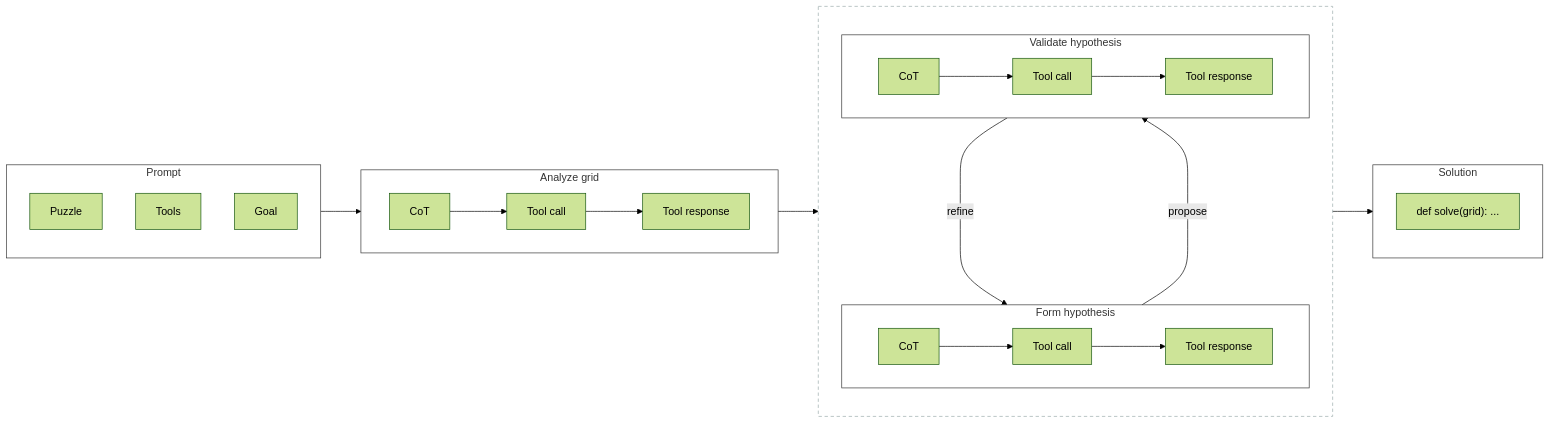
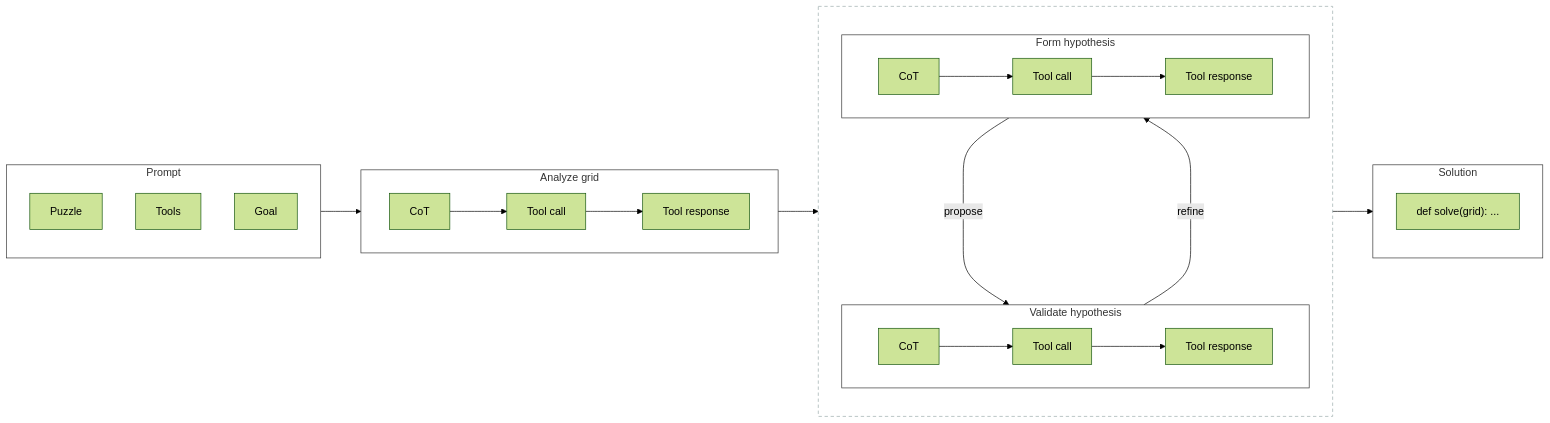
The second of 2 diagrams in posts/agentic_coding_arc_agi/presentation.qmd (pivotools/arc-agi-presentation), drawn with Mermaid (forest theme) before and after one commit. The commit also changed other lines of this file, not shown here.

````diff
--- a/posts/agentic_coding_arc_agi/presentation.qmd
+++ b/posts/agentic_coding_arc_agi/presentation.qmd
@@ -309,43 +309,43 @@
 ```{mermaid}
 %%| fig-align: center
 %%{init: {"flowchart": {"curve": "basis", "htmlLabels": true, "nodeSpacing": 50, "rankSpacing": 60}} }%%
 flowchart LR
     subgraph Prompt["Prompt"]
         direction TB
         P_Puzzle["Puzzle"]
         P_Tools["Tools"]
         P_Goal["Goal"]
     end
 
     subgraph Analyze["Analyze grid"]
         direction LR
         A_CoT["CoT"] --> A_TC["Tool call"] --> A_TR["Tool response"]
     end
 
     subgraph Loop[" "]
         direction TB
+        subgraph Validate["Validate hypothesis"]
+            direction LR
+            V_CoT["CoT"] --> V_TC["Tool call"] --> V_TR["Tool response"]
+        end
         subgraph FormHypo["Form hypothesis"]
             direction LR
             F_CoT["CoT"] --> F_TC["Tool call"] --> F_TR["Tool response"]
         end
-        subgraph Validate["Validate hypothesis"]
-            direction LR
-            V_CoT["CoT"] --> V_TC["Tool call"] --> V_TR["Tool response"]
-        end
-        FormHypo ---->|propose| Validate
-        Validate -->|refine| FormHypo
+        FormHypo -->|propose| Validate
+        Validate ---->|refine| FormHypo
     end
 
     subgraph Solution["Solution"]
         S_Code["def solve(grid): ..."]
     end
 
     Prompt --> Analyze
     Analyze --> Loop
     Loop --> Solution
 
     classDef cardCluster fill:#ffffff,stroke:#333333,stroke-width:1px;
     class Prompt,Analyze,FormHypo,Validate,Solution cardCluster;
     classDef loopRegion fill:none,stroke:#9aa,stroke-dasharray:5 4;
     class Loop loopRegion;
 ```
````
